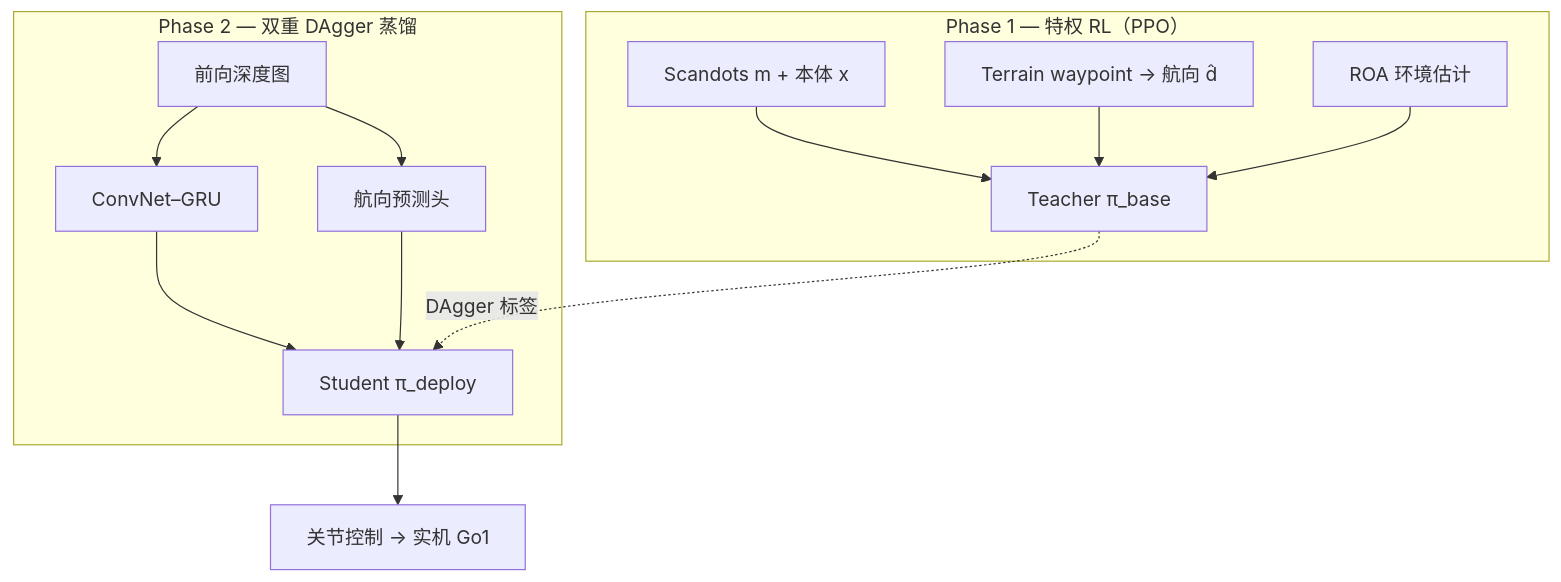
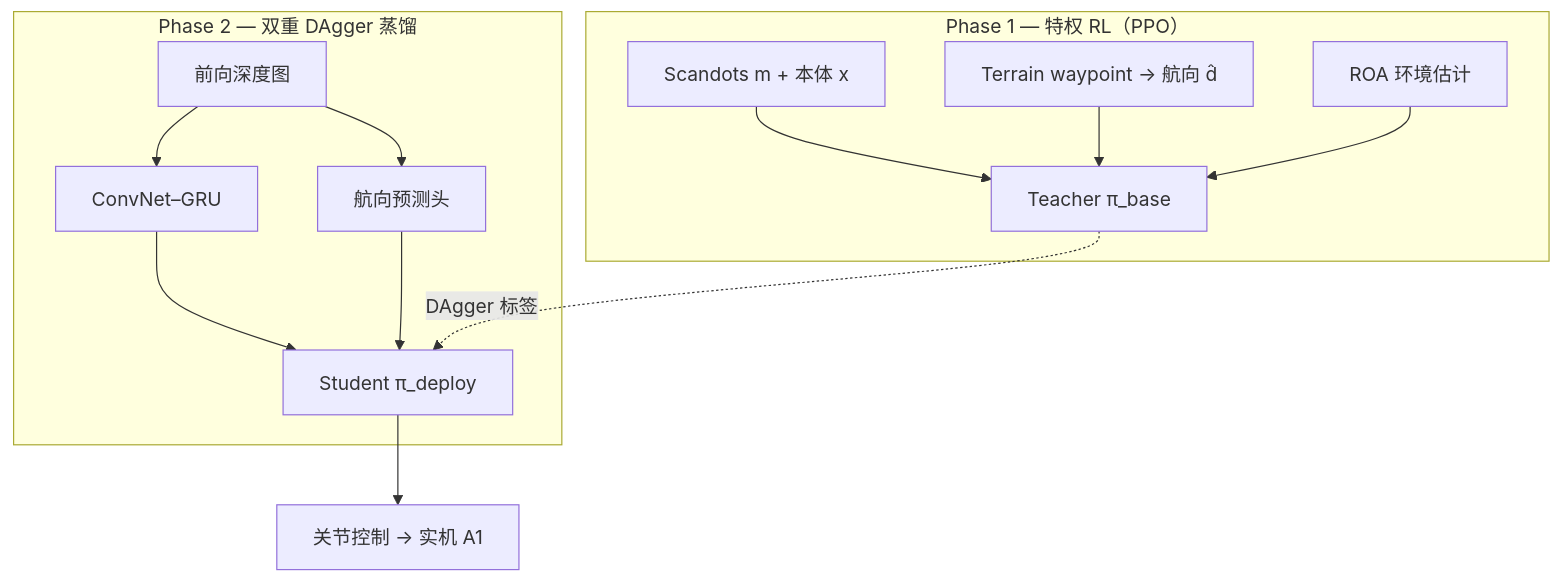
One commit to ImChong/Robotics_Notebooks changed the diagram in wiki/entities/extreme-parkour.md. Above: the diagram before and after it, drawn with Mermaid. The commit also changed other lines of this file and 31 other files, not shown here.

````diff
--- a/wiki/entities/extreme-parkour.md
+++ b/wiki/entities/extreme-parkour.md
@@ -78,24 +80,24 @@
 ```mermaid
 flowchart TB
   subgraph p1["Phase 1 — 特权 RL（PPO）"]
     SC["Scandots m + 本体 x"]
     WP["Terrain waypoint → 航向 d̂"]
     ROA["ROA 环境估计"]
     TEACHER["Teacher π_base"]
     SC --> TEACHER
     WP --> TEACHER
     ROA --> TEACHER
   end
   subgraph p2["Phase 2 — 双重 DAgger 蒸馏"]
     DEP["前向深度图"]
     CNN["ConvNet–GRU"]
     YAW["航向预测头"]
     STUDENT["Student π_deploy"]
     DEP --> CNN
     DEP --> YAW
     CNN --> STUDENT
     YAW --> STUDENT
   end
   TEACHER -.->|DAgger 标签| STUDENT
-  STUDENT --> ACT["关节控制 → 实机 Go1"]
+  STUDENT --> ACT["关节控制 → 实机 A1"]
 ```
````
